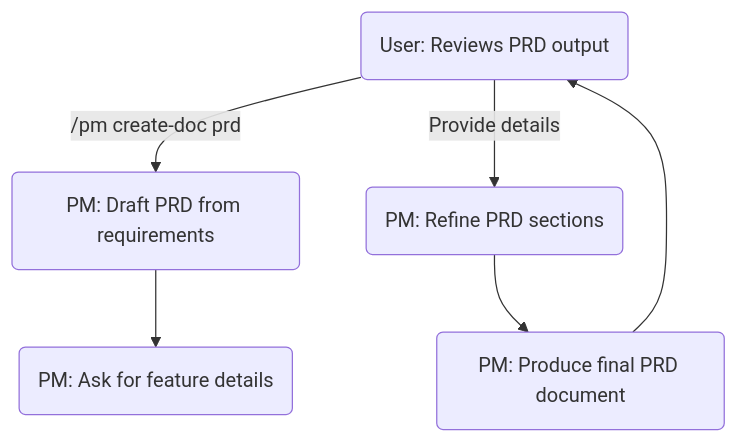
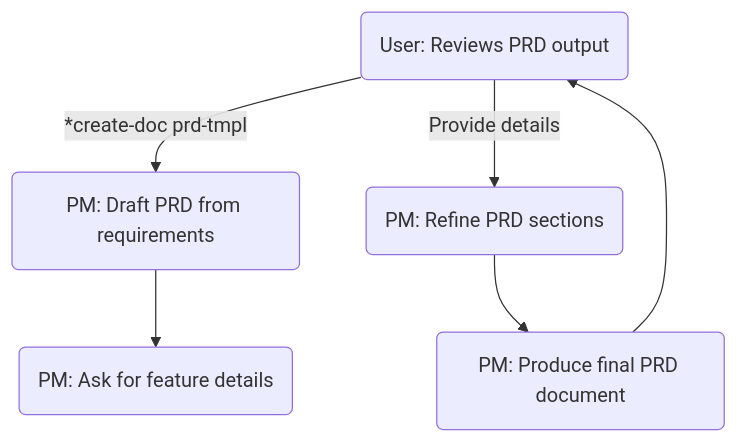
One commit to hitesh-goel/BMAD-METHOD changed the tenth of 20 diagrams in diagrams.md. Above: the diagram before and after it, drawn with Mermaid. The commit also changed other lines of this file, not shown here.

Commit message:
refactor: update flowchart commands in diagrams.md to use asterisk prefix for consistency and clarity. Enhanced agent command structures and added detailed workflow conditional flows for improved documentation.

````diff
--- a/diagrams.md
+++ b/diagrams.md
@@ -151,8 +336,8 @@
 ```mermaid
 flowchart TD
-    U(User: Request PRD) -->|"/pm create-doc prd"| P(PM: Draft PRD from requirements)
+    U(User: Request PRD) -->|"*create-doc prd-tmpl"| P(PM: Draft PRD from requirements)
     P --> P2(PM: Ask for feature details)
     U -->|Provide details| P3(PM: Refine PRD sections)
     P3 --> P4(PM: Produce final PRD document)
     P4 --> U(User: Reviews PRD output)
 ```
````
